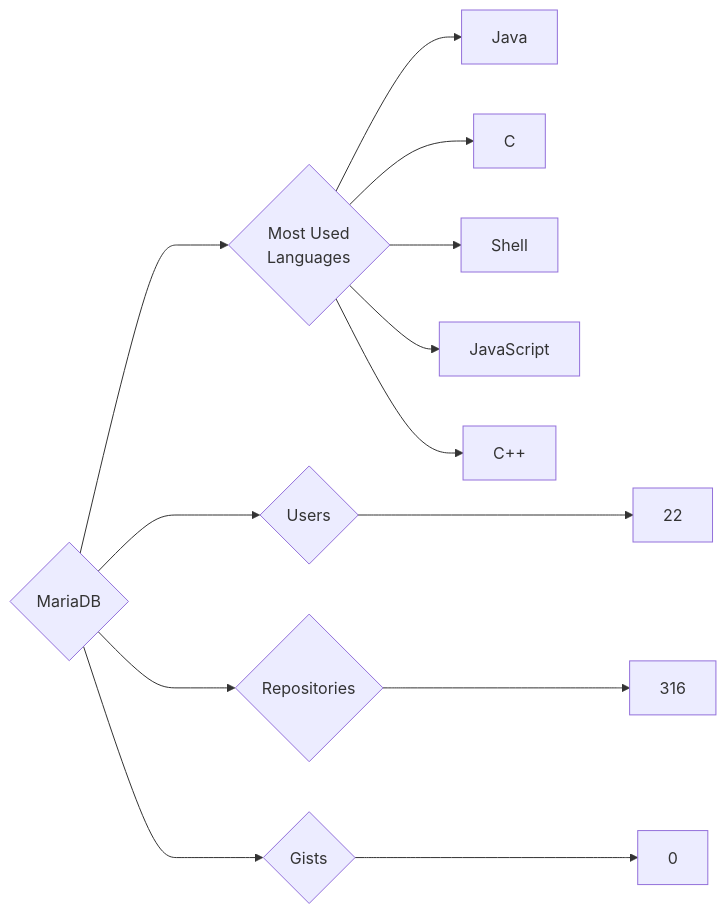
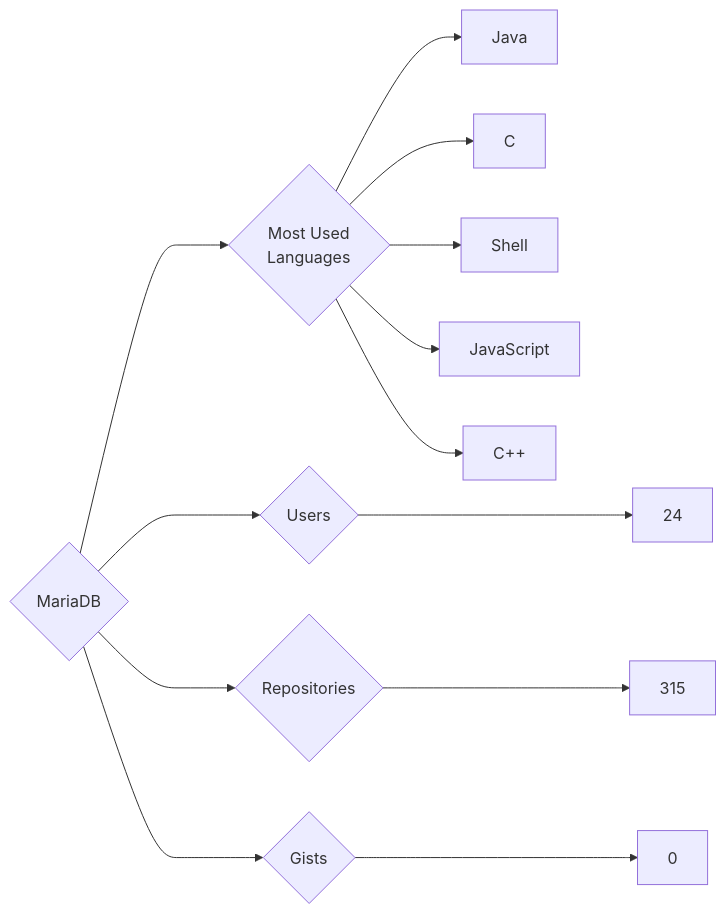
One commit to trickest/insiders changed the diagram in targets/MariaDB/README.md. Above: the diagram before and after it, drawn with Mermaid. The commit also changed 951 other files, not shown here.

````diff
--- a/targets/MariaDB/README.md
+++ b/targets/MariaDB/README.md
@@ -3,13 +3,13 @@
 ```mermaid
 graph LR
 COMPANY_NAME{MariaDB}
-COMPANY_NAME ---> U{Users} ---> UN[22]
-COMPANY_NAME ---> R{Repositories} ---> RN[316]
+COMPANY_NAME ---> U{Users} ---> UN[24]
+COMPANY_NAME ---> R{Repositories} ---> RN[315]
 COMPANY_NAME ---> G{Gists} ---> GN[0]
 COMPANY_NAME ---> ML{Most Used<br>Languages}
-ML --> Java
-ML --> C
-ML --> Shell
-ML --> JavaScript
-ML --> C++
+ML --> Java[Java]
+ML --> C[C]
+ML --> Shell[Shell]
+ML --> JavaScript[JavaScript]
+ML --> C++[C++]
 ```
````
